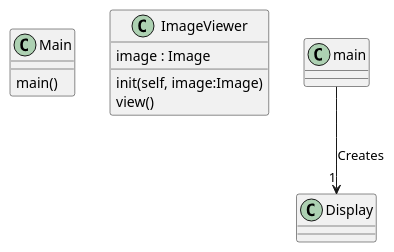
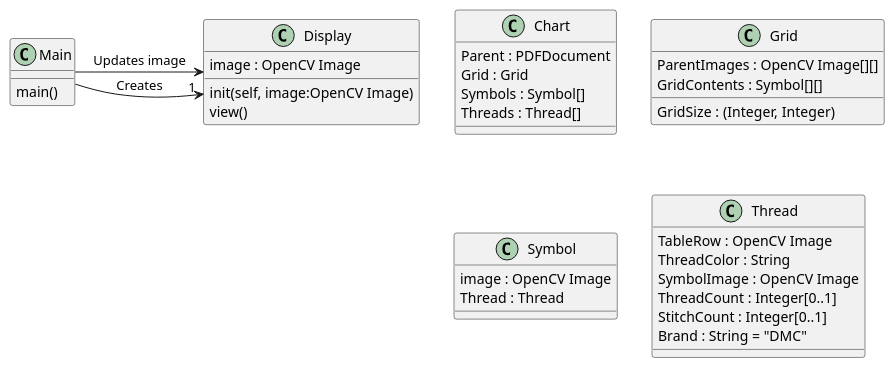
The diagram in doc/classes.md (Badwolf369/PatternSeer), drawn with PlantUML before and after one commit.

Commit message:
Begin restructuring UML class diagram to use OpenCV

```diff
--- a/doc/classes.md
+++ b/doc/classes.md
@@ -1,13 +1,37 @@
 @startuml
 class Main {
     main()
 }
-class ImageViewer {
-    image : Image
-    init(self, image:Image)
+class Display {
+    image : OpenCV Image
+    init(self, image:OpenCV Image)
     view()
 }
 
-main --> "1" Display : Creates
+class Chart {
+    Parent : PDFDocument
+    Grid : Grid
+    Symbols : Symbol[]
+    Threads : Thread[]
+}
+class Grid {
+    ParentImages : OpenCV Image[][]
+    GridSize : (Integer, Integer)
+    GridContents : Symbol[][]
+}
+class Symbol {
+    image : OpenCV Image
+    Thread : Thread
+}
+class Thread {
+    TableRow : OpenCV Image
+    ThreadColor : String
+    SymbolImage : OpenCV Image
+    ThreadCount : Integer[0..1]
+    StitchCount : Integer[0..1]
+    Brand : String = "DMC"
+}
 
+Main -r-> "1" Display : Creates
+Main -r-> Display : Updates image
 @enduml
```
